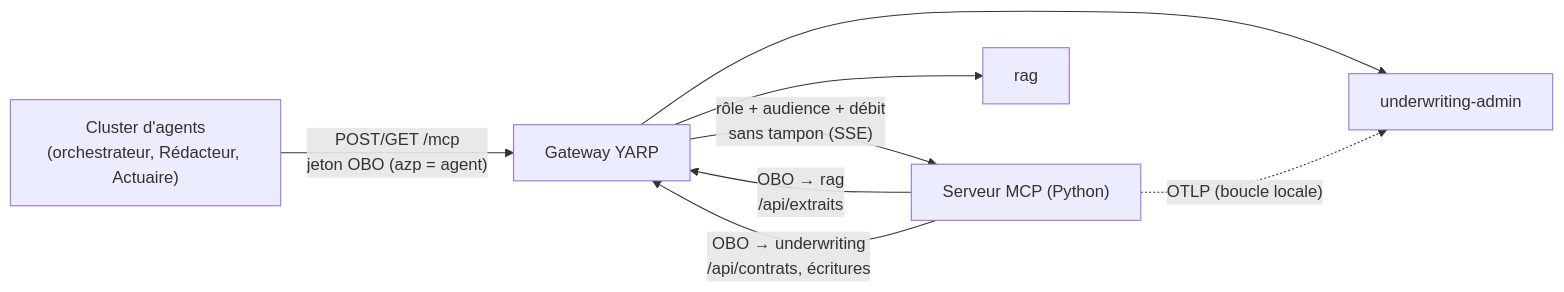
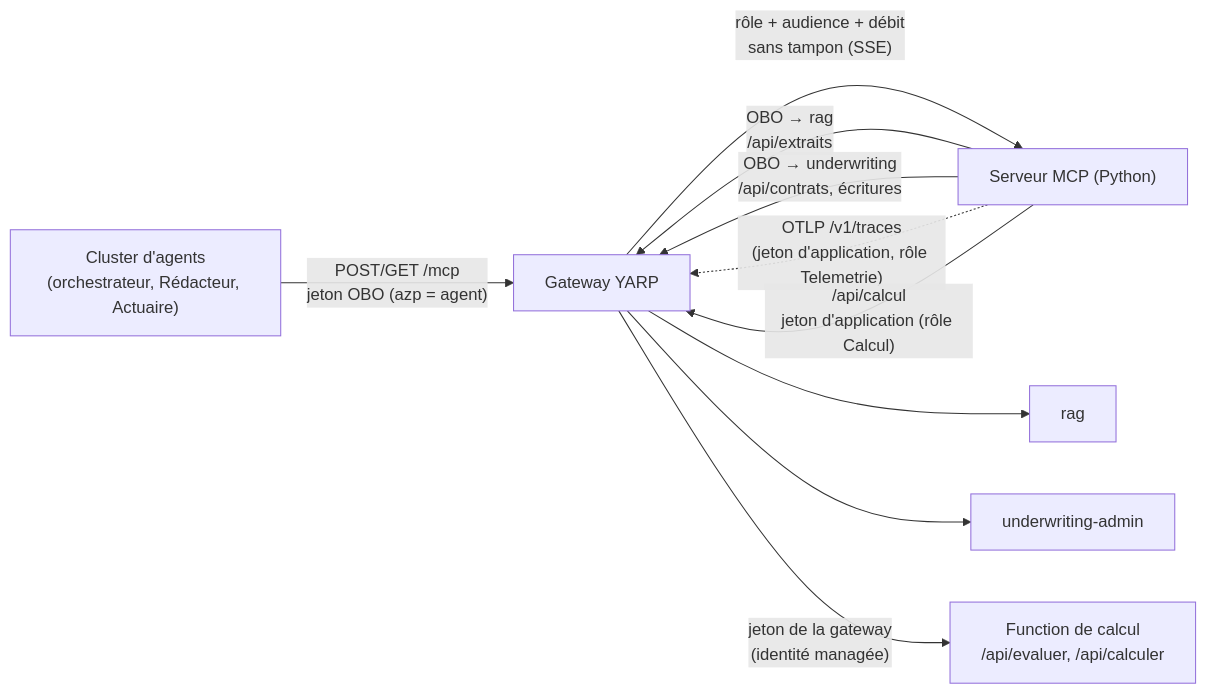
Before and after one commit to acerolaz/agentinsurflow: the diagram in docs/superpowers/specs/2026-10-21-serveur-mcp-design.md, drawn with Mermaid. The commit also changed other lines of this file and 103 other files, not shown here.

First line of the commit message:
feat: calcul risque/prime et canal LLM par la gateway, une Container App par service (#64, #69, #70) (#74)

````diff
--- a/docs/superpowers/specs/2026-10-21-serveur-mcp-design.md
+++ b/docs/superpowers/specs/2026-10-21-serveur-mcp-design.md
@@ -45,10 +45,12 @@
 ```mermaid
 flowchart LR
     CL["Cluster d'agents<br/>(orchestrateur, Rédacteur, Actuaire)"] -->|"POST/GET /mcp<br/>jeton OBO (azp = agent)"| GW["Gateway YARP"]
     GW -->|"rôle + audience + débit<br/>sans tampon (SSE)"| MCP["Serveur MCP (Python)"]
     MCP -->|"OBO → rag<br/>/api/extraits"| GW
     MCP -->|"OBO → underwriting<br/>/api/contrats, écritures"| GW
     GW --> RAG["rag"]
     GW --> UW["underwriting-admin"]
-    MCP -. "OTLP (boucle locale)" .-> UW
+    MCP -. "OTLP /v1/traces<br/>(jeton d'application, rôle Telemetrie)" .-> GW
+    MCP -->|"/api/calcul<br/>jeton d'application (rôle Calcul)"| GW
+    GW -->|"jeton de la gateway<br/>(identité managée)"| FN["Function de calcul<br/>/api/evaluer, /api/calculer"]
 ```
````
